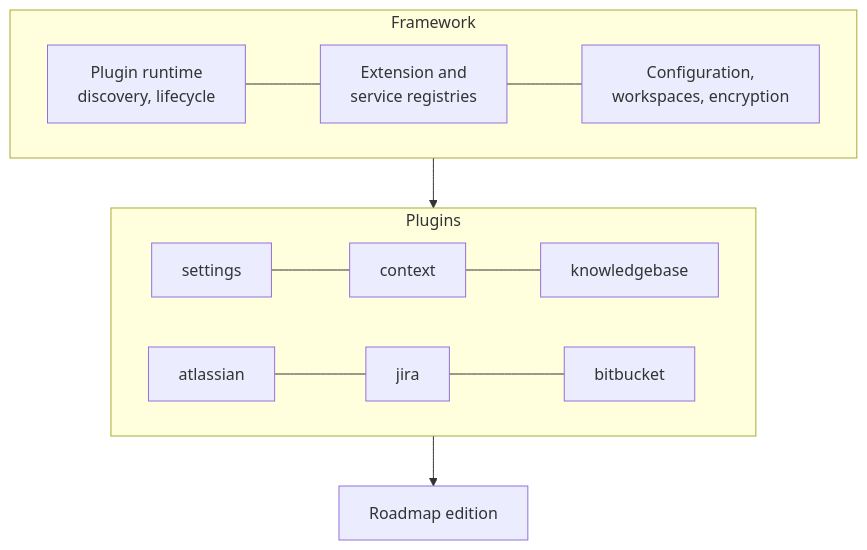
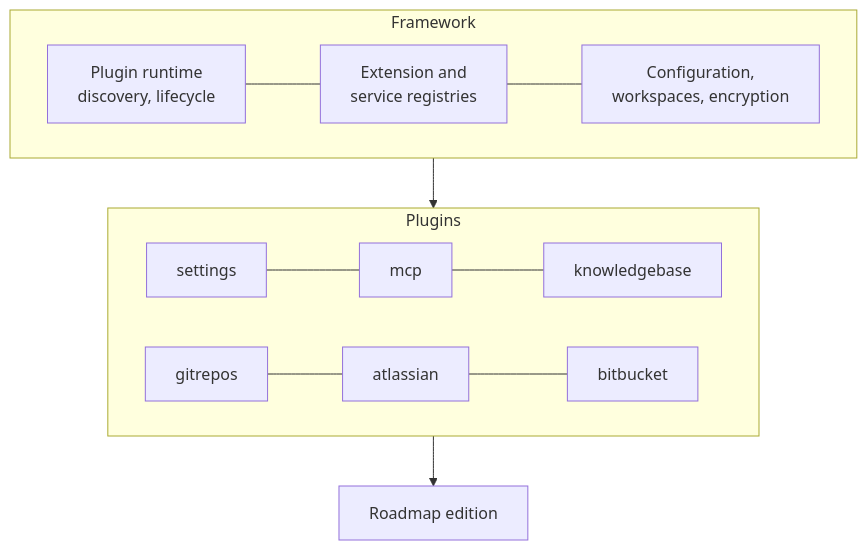
Before and after one commit to roadmap-mcp/roadmap-mcp.github.io: the diagram in docs/platform/index.md, drawn with Mermaid. The commit also changed other lines of this file and 6 other files, not shown here.

Commit message:
Snapshot 7: Pro without Contexts, Git Repos and the MCP server as plugins, Jira read through Atlassian

````diff
--- a/docs/platform/index.md
+++ b/docs/platform/index.md
@@ -9,13 +9,13 @@
 ```mermaid
 flowchart TB
   subgraph Framework
     R[Plugin runtime<br/>discovery, lifecycle] --- X[Extension and<br/>service registries]
     X --- C[Configuration,<br/>workspaces, encryption]
   end
   subgraph Plugins
-    S[settings] --- CT[context] --- KB[knowledgebase]
-    A[atlassian] --- J[jira] --- B[bitbucket]
+    S[settings] --- M[mcp] --- KB[knowledgebase]
+    G[gitrepos] --- A[atlassian] --- B[bitbucket]
   end
   Framework --> Plugins
   Plugins --> APP[Roadmap edition]
 ```
````
